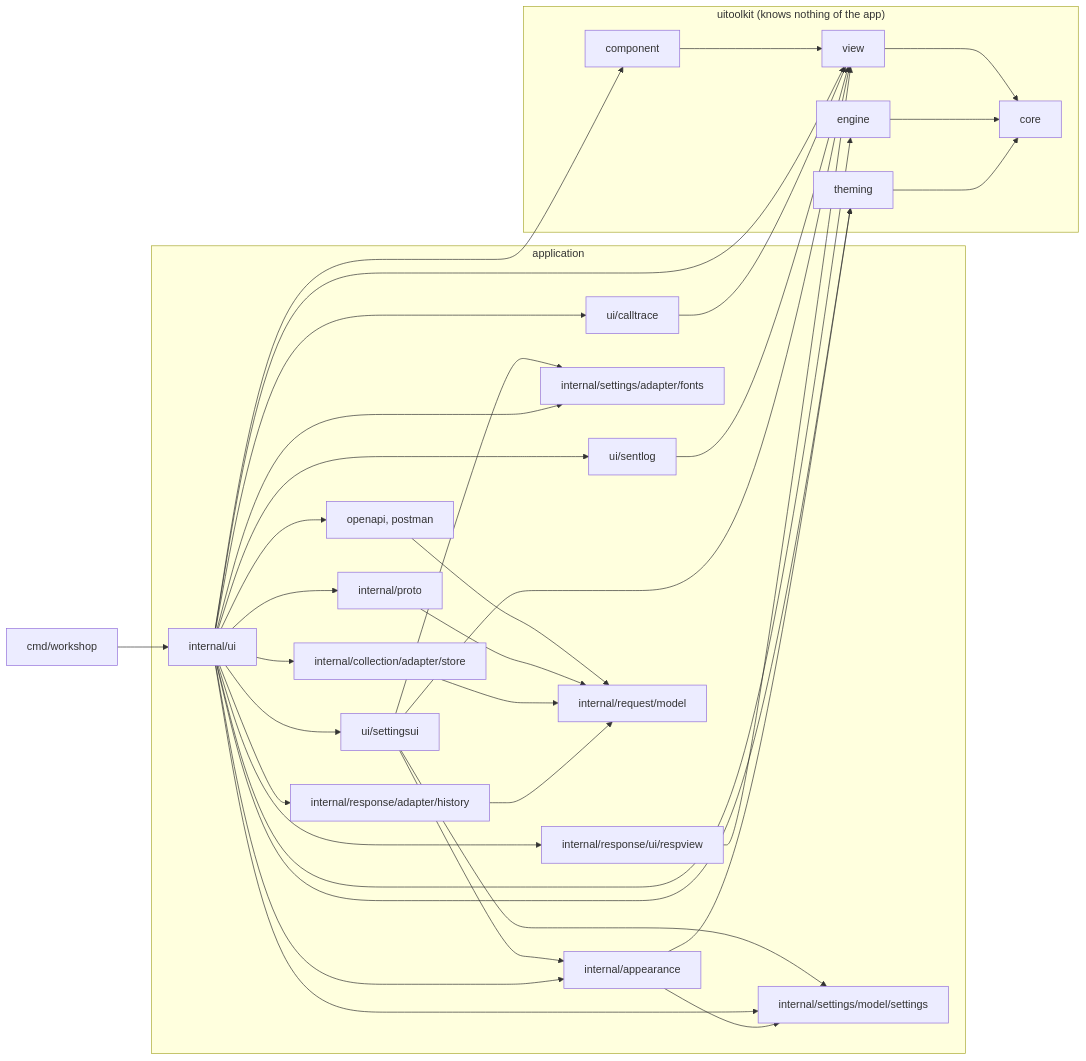
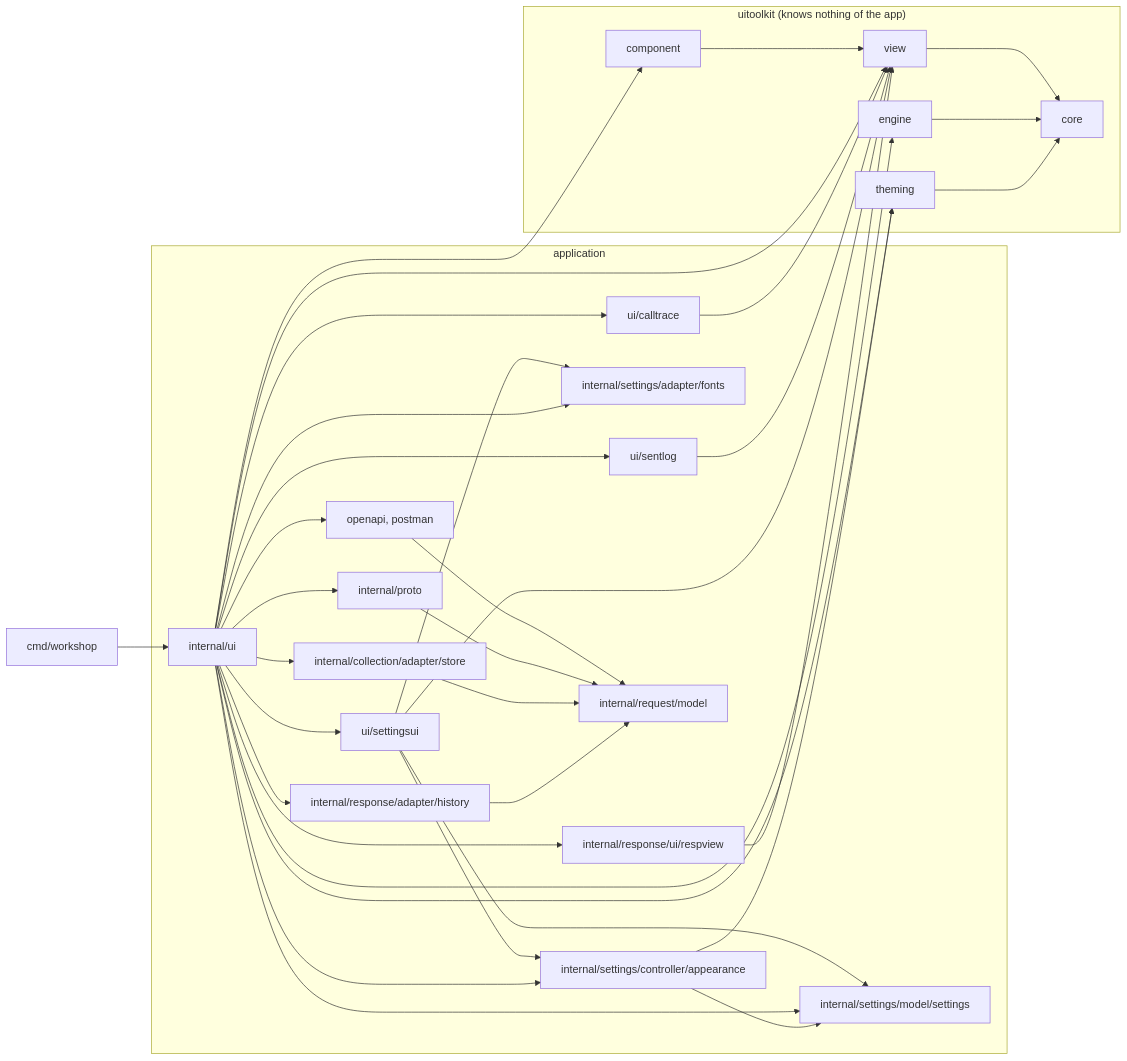
One commit to gascoigne-ai/gascoigne-workshop changed the diagram in .harness/architecture.md. Above: the diagram before and after it, drawn with Mermaid. The commit also changed other lines of this file and 15 other files, not shown here.

First line of the commit message:
refactor(settings): appearance moves to internal/settings/controller/appearance

````diff
--- a/.harness/architecture.md
+++ b/.harness/architecture.md
@@ -5,40 +5,40 @@
 ```mermaid
 flowchart LR
   cmd["cmd/workshop"] --> ui["internal/ui"]
   subgraph app["application"]
     ui --> calltrace["ui/calltrace"]
     ui --> sentlog["ui/sentlog"]
     ui --> settingsui["ui/settingsui"]
     settingsui --> settings
     settingsui --> fonts
     settingsui --> appearance
-    ui --> appearance["internal/appearance"]
+    ui --> appearance["internal/settings/controller/appearance"]
     ui --> respview["internal/response/ui/respview"]
     ui --> store["internal/collection/adapter/store"]
     ui --> imports["openapi, postman"]
     ui --> fonts["internal/settings/adapter/fonts"]
     ui --> history["internal/response/adapter/history"]
     ui --> settings["internal/settings/model/settings"]
     ui --> proto["internal/proto"]
     imports --> model["internal/request/model"]
     proto --> model
     store --> model
     history --> model
   end
   subgraph toolkit["uitoolkit (knows nothing of the app)"]
     component["component"] --> view["view"]
     view --> core["core"]
     engine["engine"] --> core
     theming["theming"] --> core
   end
   ui --> component
   ui --> view
   ui --> engine
   ui --> theming
   calltrace --> view
   sentlog --> view
   settingsui --> view
   appearance --> theming
   appearance --> settings
   respview --> view
 ```
````
